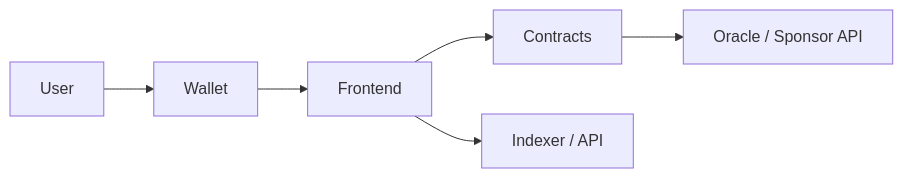
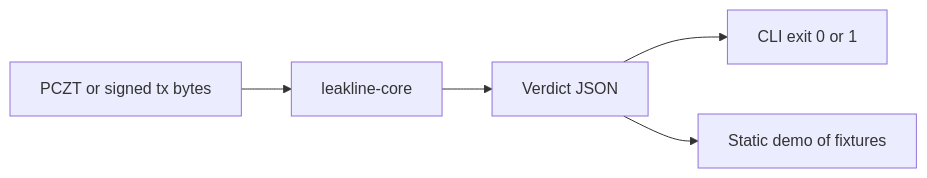
One commit to SmtDcs/leakline changed the diagram in hackathon/03-architecture.md. Above: the diagram before and after it, drawn with Mermaid. The commit also changed other lines of this file and 4 other files, not shown here.

````diff
--- a/hackathon/03-architecture.md
+++ b/hackathon/03-architecture.md
@@ -5,8 +7,7 @@
 ```mermaid
 flowchart LR
-  U[User] --> W[Wallet]
-  W --> F[Frontend]
-  F --> C[Contracts]
-  C --> O[Oracle / Sponsor API]
-  F --> I[Indexer / API]
+  A[PCZT or signed tx bytes] --> B[leakline-core]
+  B --> C[Verdict JSON]
+  C --> D[CLI exit 0 or 1]
+  C --> E[Static demo of fixtures]
 ```
````
